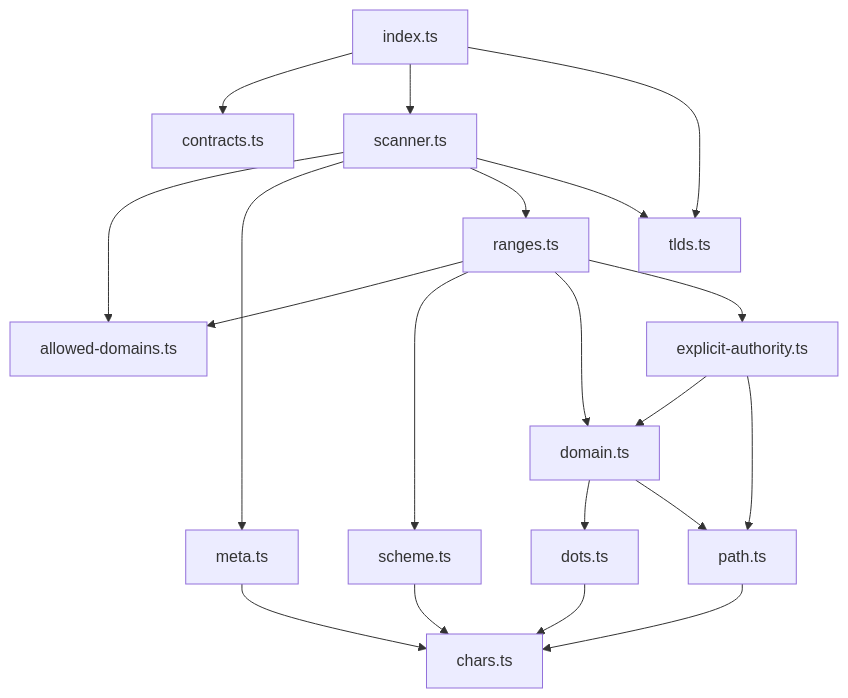
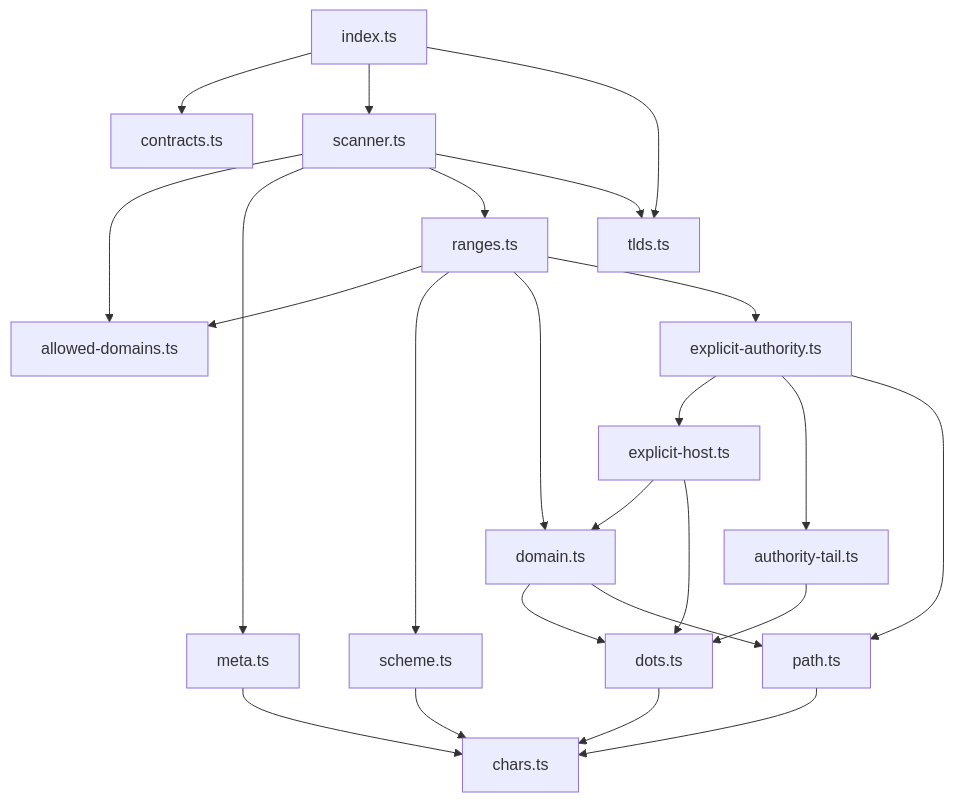
The second of 2 diagrams in packages/url/docs/architecture.md (textfilters/textfilters), drawn with Mermaid before and after one commit. The commit also changed other lines of this file and 3 other files, not shown here.

Commit message:
refactor(url): decompose explicit authority parsing

````diff
--- a/packages/url/docs/architecture.md
+++ b/packages/url/docs/architecture.md
@@ -49,22 +49,26 @@
 ```mermaid
 graph TD
   index["index.ts"] --> contracts["contracts.ts"]
   index --> scanner["scanner.ts"]
   index --> tlds["tlds.ts"]
   scanner --> allowed["allowed-domains.ts"]
   scanner --> meta["meta.ts"]
   scanner --> ranges["ranges.ts"]
   scanner --> tlds
   ranges --> allowed
   ranges --> scheme["scheme.ts"]
   ranges --> domain["domain.ts"]
   ranges --> explicit["explicit-authority.ts"]
-  explicit --> domain
+  explicit --> host["explicit-host.ts"]
+  explicit --> tail["authority-tail.ts"]
   explicit --> path["path.ts"]
+  host --> domain
+  host --> dots["dots.ts"]
+  tail --> dots
   domain --> dots["dots.ts"]
   domain --> path
   scheme --> chars["chars.ts"]
   dots --> chars
   meta --> chars
   path --> chars
 ```
````
